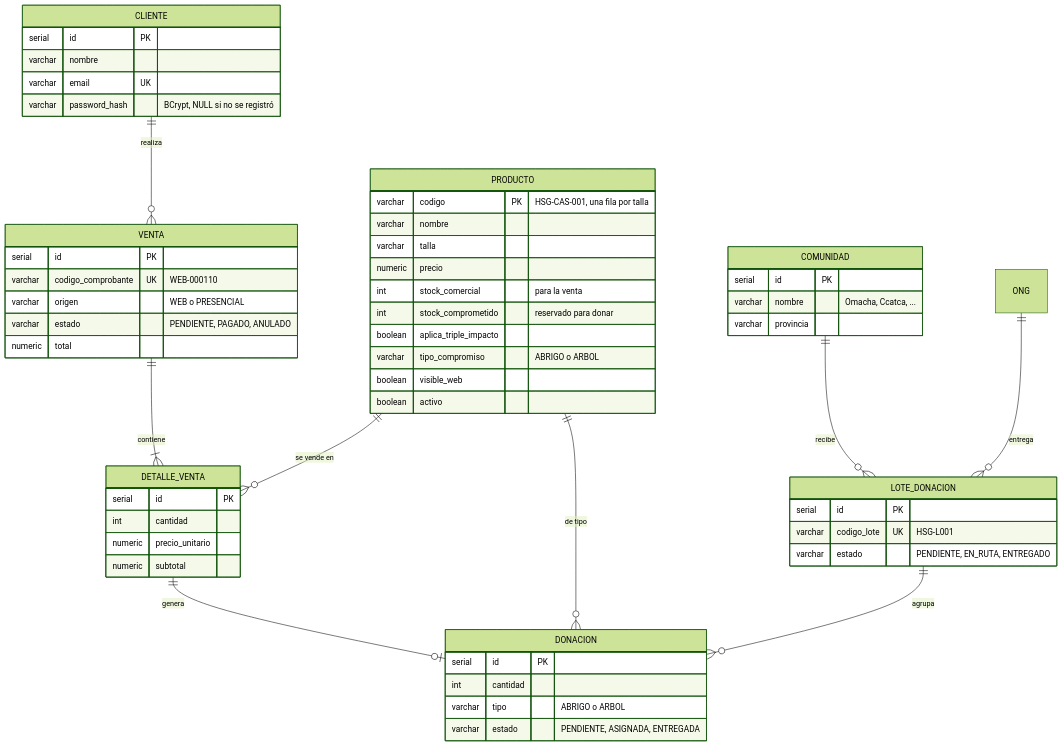
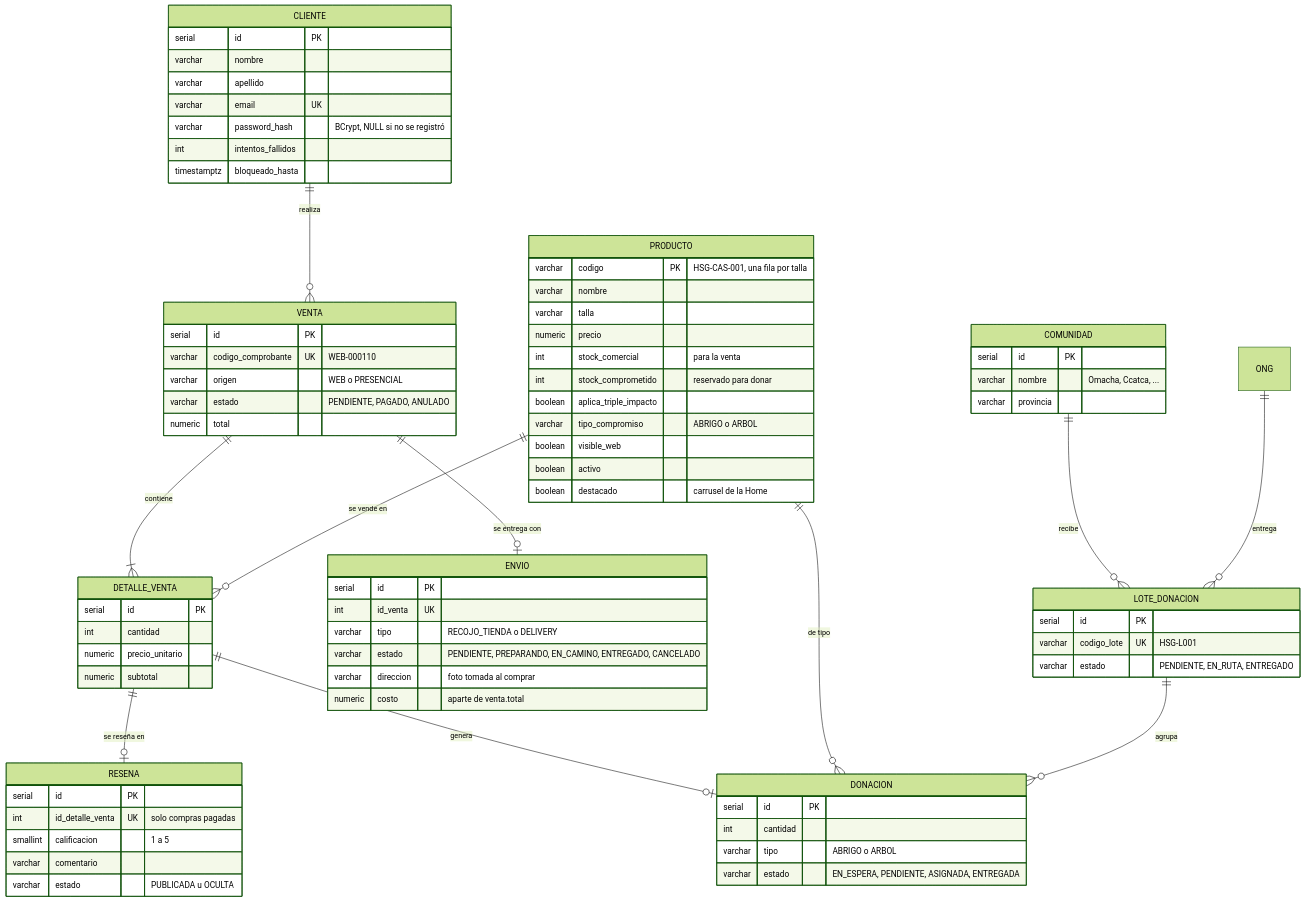
One commit to Arukxyz/H-seg_Store_Web_Project changed the third of 7 diagrams in docs/arquitectura.md. Above: the diagram before and after it, drawn with Mermaid (forest theme). The commit also changed other lines of this file and 4 other files, not shown here.

````diff
--- a/docs/arquitectura.md
+++ b/docs/arquitectura.md
@@ -78,59 +78,80 @@
 ```mermaid
 erDiagram
     CLIENTE ||--o{ VENTA : realiza
     VENTA ||--|{ DETALLE_VENTA : contiene
+    VENTA ||--o| ENVIO : "se entrega con"
     PRODUCTO ||--o{ DETALLE_VENTA : "se vende en"
     DETALLE_VENTA ||--o| DONACION : genera
+    DETALLE_VENTA ||--o| RESENA : "se reseña en"
     PRODUCTO ||--o{ DONACION : "de tipo"
     LOTE_DONACION ||--o{ DONACION : agrupa
     COMUNIDAD ||--o{ LOTE_DONACION : recibe
     ONG ||--o{ LOTE_DONACION : entrega
 
     PRODUCTO {
         varchar codigo PK "HSG-CAS-001, una fila por talla"
         varchar nombre
         varchar talla
         numeric precio
         int stock_comercial "para la venta"
         int stock_comprometido "reservado para donar"
         boolean aplica_triple_impacto
         varchar tipo_compromiso "ABRIGO o ARBOL"
         boolean visible_web
         boolean activo
+        boolean destacado "carrusel de la Home"
     }
     CLIENTE {
         serial id PK
         varchar nombre
+        varchar apellido
         varchar email UK
         varchar password_hash "BCrypt, NULL si no se registró"
+        int intentos_fallidos
+        timestamptz bloqueado_hasta
+    }
+    ENVIO {
+        serial id PK
+        int id_venta UK
+        varchar tipo "RECOJO_TIENDA o DELIVERY"
+        varchar estado "PENDIENTE, PREPARANDO, EN_CAMINO, ENTREGADO, CANCELADO"
+        varchar direccion "foto tomada al comprar"
+        numeric costo "aparte de venta.total"
+    }
+    RESENA {
+        serial id PK
+        int id_detalle_venta UK "solo compras pagadas"
+        smallint calificacion "1 a 5"
+        varchar comentario
+        varchar estado "PUBLICADA u OCULTA"
     }
     VENTA {
         serial id PK
         varchar codigo_comprobante UK "WEB-000110"
         varchar origen "WEB o PRESENCIAL"
         varchar estado "PENDIENTE, PAGADO, ANULADO"
         numeric total
     }
     DETALLE_VENTA {
         serial id PK
         int cantidad
         numeric precio_unitario
         numeric subtotal
     }
     DONACION {
         serial id PK
         int cantidad
         varchar tipo "ABRIGO o ARBOL"
-        varchar estado "PENDIENTE, ASIGNADA, ENTREGADA"
+        varchar estado "EN_ESPERA, PENDIENTE, ASIGNADA, ENTREGADA"
     }
     LOTE_DONACION {
         serial id PK
         varchar codigo_lote UK "HSG-L001"
         varchar estado "PENDIENTE, EN_RUTA, ENTREGADO"
     }
     COMUNIDAD {
         serial id PK
         varchar nombre "Omacha, Ccatca, ..."
         varchar provincia
     }
 ```
````
